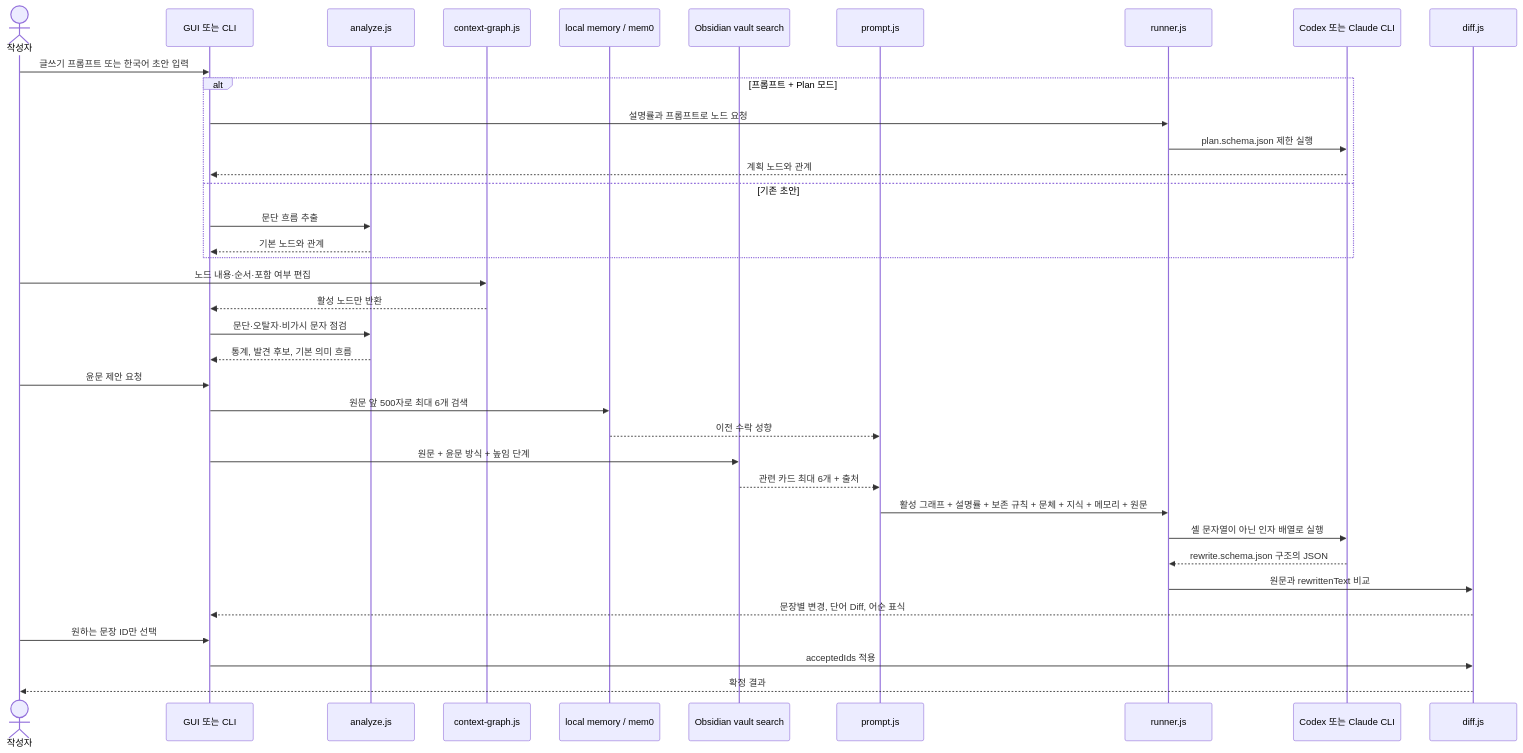
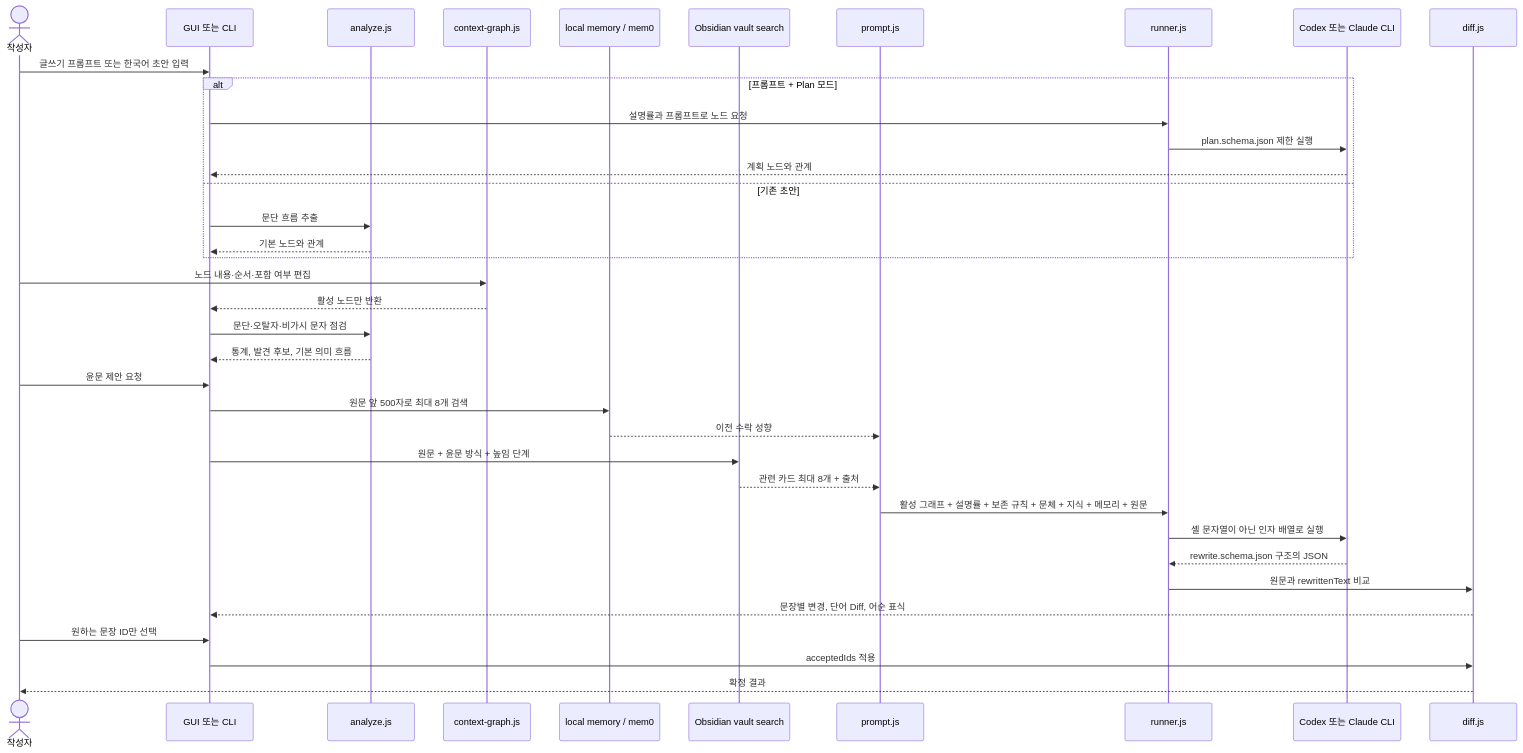
Before and after one commit to kuseumkkrkkr/KR-humanizer: the third of 8 diagrams in README.md, drawn with Mermaid. The commit also changed other lines of this file and 32 other files, not shown here.

````diff
--- a/README.md
+++ b/README.md
@@ -214,40 +214,40 @@
 ```mermaid
 sequenceDiagram
   actor U as 작성자
   participant UI as GUI 또는 CLI
   participant A as analyze.js
   participant G as context-graph.js
   participant M as local memory / mem0
   participant K as Obsidian vault search
   participant P as prompt.js
   participant R as runner.js
   participant E as Codex 또는 Claude CLI
   participant D as diff.js
 
   U->>UI: 글쓰기 프롬프트 또는 한국어 초안 입력
   alt 프롬프트 + Plan 모드
     UI->>R: 설명률과 프롬프트로 노드 요청
     R->>E: plan.schema.json 제한 실행
     E-->>UI: 계획 노드와 관계
   else 기존 초안
     UI->>A: 문단 흐름 추출
     A-->>UI: 기본 노드와 관계
   end
   U->>G: 노드 내용·순서·포함 여부 편집
   G-->>UI: 활성 노드만 반환
   UI->>A: 문단·오탈자·비가시 문자 점검
   A-->>UI: 통계, 발견 후보, 기본 의미 흐름
   U->>UI: 윤문 제안 요청
-  UI->>M: 원문 앞 500자로 최대 6개 검색
+  UI->>M: 원문 앞 500자로 최대 8개 검색
   M-->>P: 이전 수락 성향
   UI->>K: 원문 + 윤문 방식 + 높임 단계
-  K-->>P: 관련 카드 최대 6개 + 출처
+  K-->>P: 관련 카드 최대 8개 + 출처
   P->>R: 활성 그래프 + 설명률 + 보존 규칙 + 문체 + 지식 + 메모리 + 원문
   R->>E: 셸 문자열이 아닌 인자 배열로 실행
   E-->>R: rewrite.schema.json 구조의 JSON
   R->>D: 원문과 rewrittenText 비교
   D-->>UI: 문장별 변경, 단어 Diff, 어순 표식
   U->>UI: 원하는 문장 ID만 선택
   UI->>D: acceptedIds 적용
   D-->>U: 확정 결과
 ```
````
